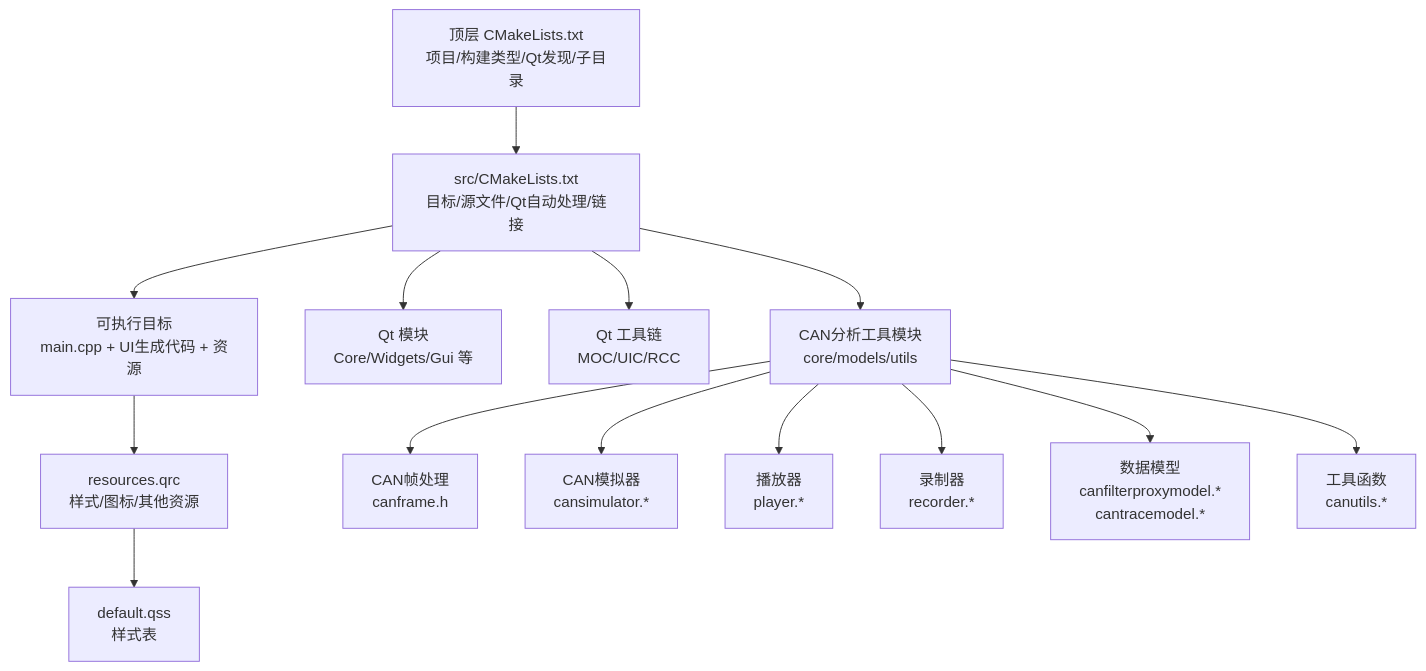
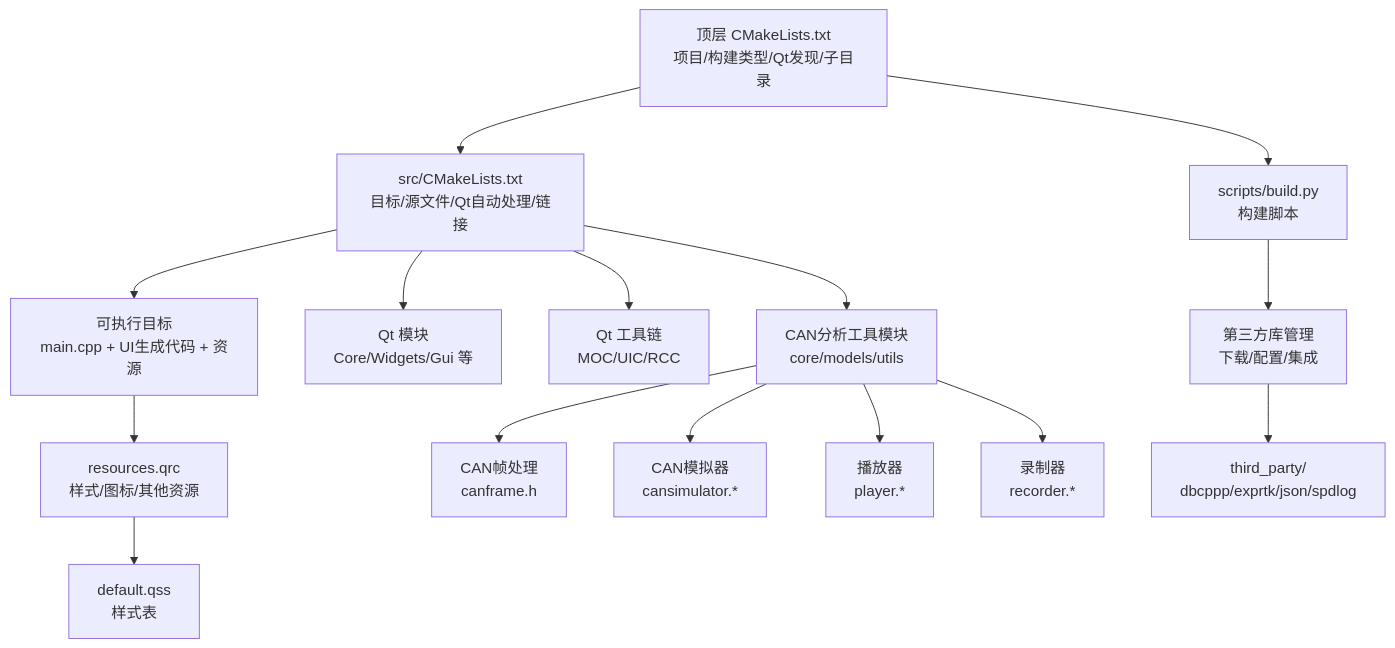
Before and after one commit to jakecai1225-design/OpenBus: the second of 4 diagrams in .qoder/repowiki/zh/content/构建和部署/CMake构建配置.md, drawn with Mermaid. The commit also changed other lines of this file and 215 other files, not shown here.

````diff
--- a/.qoder/repowiki/zh/content/构建和部署/CMake构建配置.md
+++ b/.qoder/repowiki/zh/content/构建和部署/CMake构建配置.md
@@ -137,16 +105,17 @@
 ```mermaid
 graph TB
 A["顶层 CMakeLists.txt<br/>项目/构建类型/Qt发现/子目录"] --> B["src/CMakeLists.txt<br/>目标/源文件/Qt自动处理/链接"]
-B --> C["可执行目标<br/>main.cpp + UI生成代码 + 资源"]
-B --> D["Qt 模块<br/>Core/Widgets/Gui 等"]
-B --> E["Qt 工具链<br/>MOC/UIC/RCC"]
-C --> F["resources.qrc<br/>样式/图标/其他资源"]
-F --> G["default.qss<br/>样式表"]
-B --> H["CAN分析工具模块<br/>core/models/utils"]
-H --> I["CAN帧处理<br/>canframe.h"]
-H --> J["CAN模拟器<br/>cansimulator.*"]
-H --> K["播放器<br/>player.*"]
-H --> L["录制器<br/>recorder.*"]
-H --> M["数据模型<br/>canfilterproxymodel.*<br/>cantracemodel.*"]
-H --> N["工具函数<br/>canutils.*"]
+A --> C["scripts/build.py<br/>构建脚本"]
+B --> D["可执行目标<br/>main.cpp + UI生成代码 + 资源"]
+B --> E["Qt 模块<br/>Core/Widgets/Gui 等"]
+B --> F["Qt 工具链<br/>MOC/UIC/RCC"]
+D --> G["resources.qrc<br/>样式/图标/其他资源"]
+G --> H["default.qss<br/>样式表"]
+C --> I["第三方库管理<br/>下载/配置/集成"]
+I --> J["third_party/<br/>dbcppp/exprtk/json/spdlog"]
+B --> K["CAN分析工具模块<br/>core/models/utils"]
+K --> L["CAN帧处理<br/>canframe.h"]
+K --> M["CAN模拟器<br/>cansimulator.*"]
+K --> N["播放器<br/>player.*"]
+K --> O["录制器<br/>recorder.*"]
 ```
````
